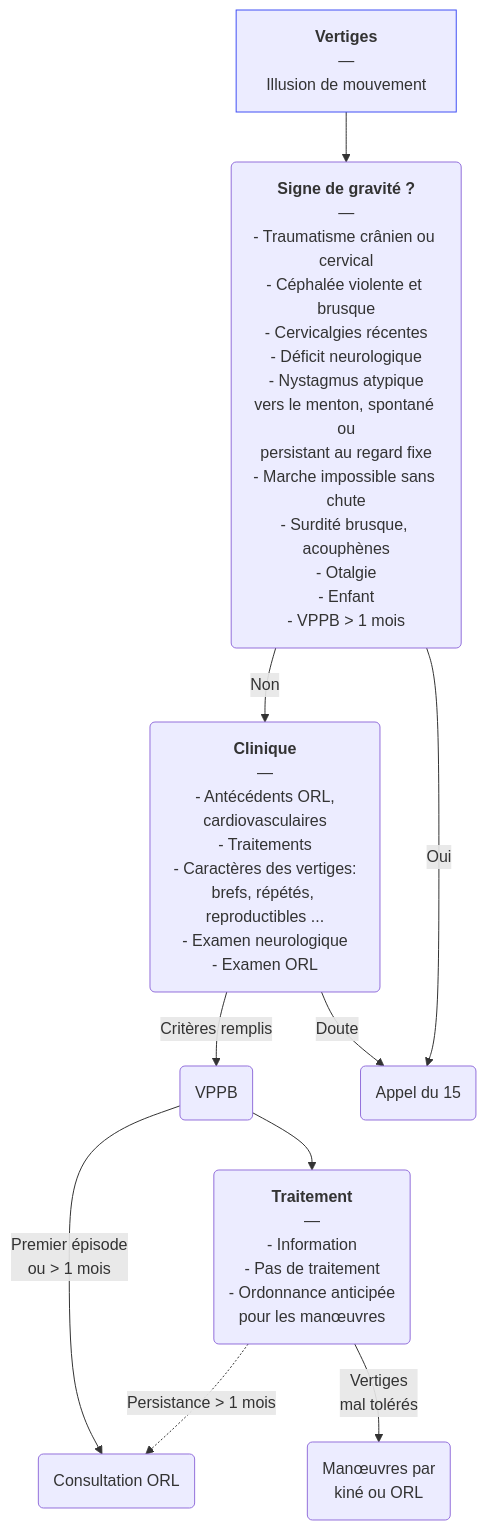
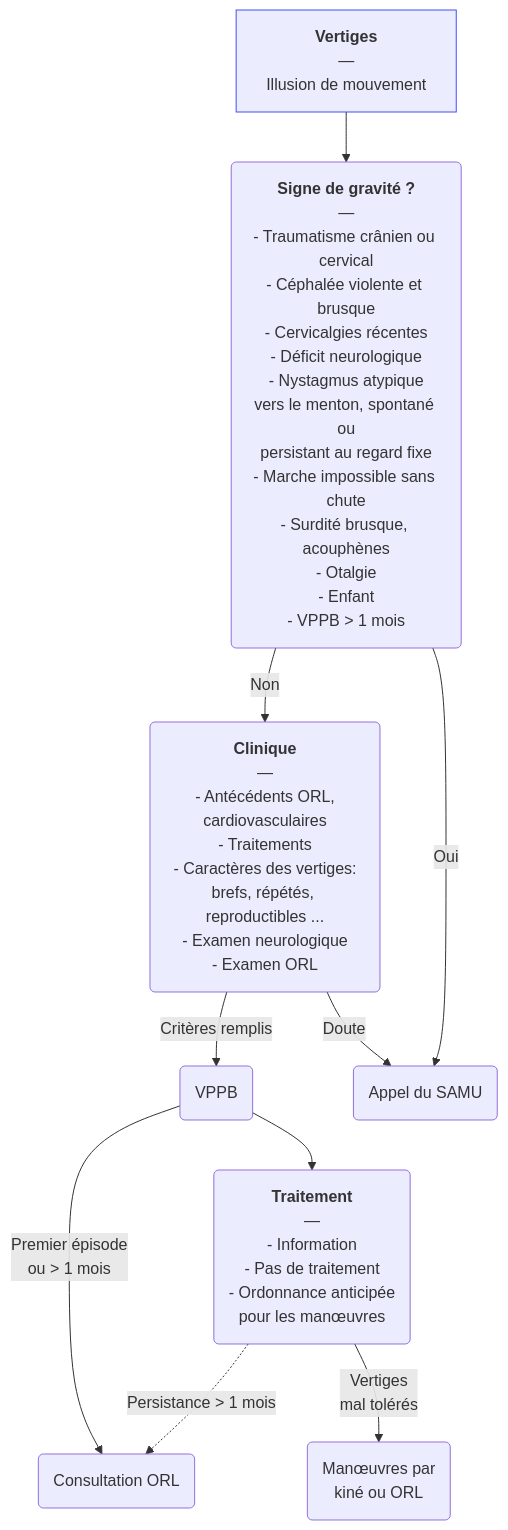
Before and after one commit to djibe/recommandations-medicales: the diagram in content/recommandations/vertiges-positionnels-vppb.md, drawn with Mermaid. The commit also changed 35 other files, not shown here.

```diff
--- a/content/recommandations/vertiges-positionnels-vppb.md
+++ b/content/recommandations/vertiges-positionnels-vppb.md
@@ -217,9 +217,9 @@
 {{< mermaid title="Prise en charge des vertiges paroxystiques positionnels bénins (VPPB) par le médecin généraliste. Drs JB Fron et Alaedine Benani d'après SFORL" >}}
 graph TB
   vertiges["<b>Vertiges</b><br>—<br>Illusion de mouvement"] --> gravité("<b>Signe de gravité ?</b><br>—<br>- Traumatisme crânien ou cervical<br>- Céphalée violente et brusque<br>- Cervicalgies récentes<br>- Déficit neurologique<br>- Nystagmus atypique<br>vers le menton, spontané ou<br>persistant au regard fixe<br>- Marche impossible sans chute<br>- Surdité brusque, acouphènes<br>- Otalgie<br>- Enfant<br>- VPPB &gt; 1 mois") -- Non --> clinique("<b>Clinique</b><br>—<br>- Antécédents ORL,<br>cardiovasculaires<br>- Traitements<br>- Caractères des vertiges:<br>brefs, répétés, reproductibles ...<br>- Examen neurologique<br>- Examen ORL") -- Critères remplis --> VPPB(VPPB) -- "Premier épisode<br>ou &gt; 1 mois" --> ORL("Consultation ORL")
-  gravité -- Oui --> samu(Appel du 15)
+  gravité -- Oui --> samu(Appel du SAMU)
     clinique -- Doute --> samu
       VPPB --> traitement("<b>Traitement</b><br>—<br>- Information<br>- Pas de traitement<br>- Ordonnance anticipée<br>pour les manœuvres") -. "Persistance &gt; 1 mois" .-> ORL
         traitement -- "Vertiges<br>mal tolérés" --> manoeuvre("Manœuvres par<br>kiné ou ORL")
   style vertiges stroke:#4150f5, stroke-width:1px
 {{< /mermaid >}}
```
